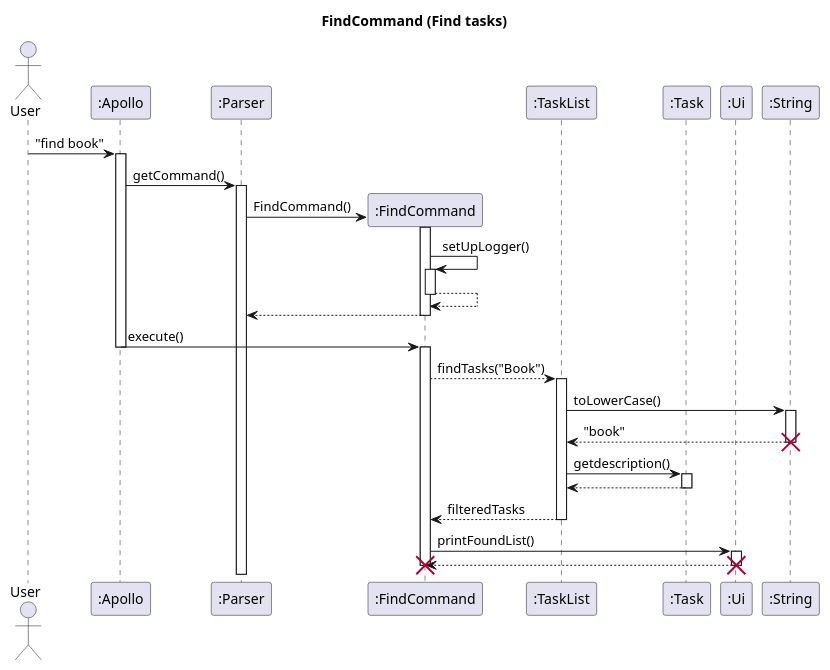
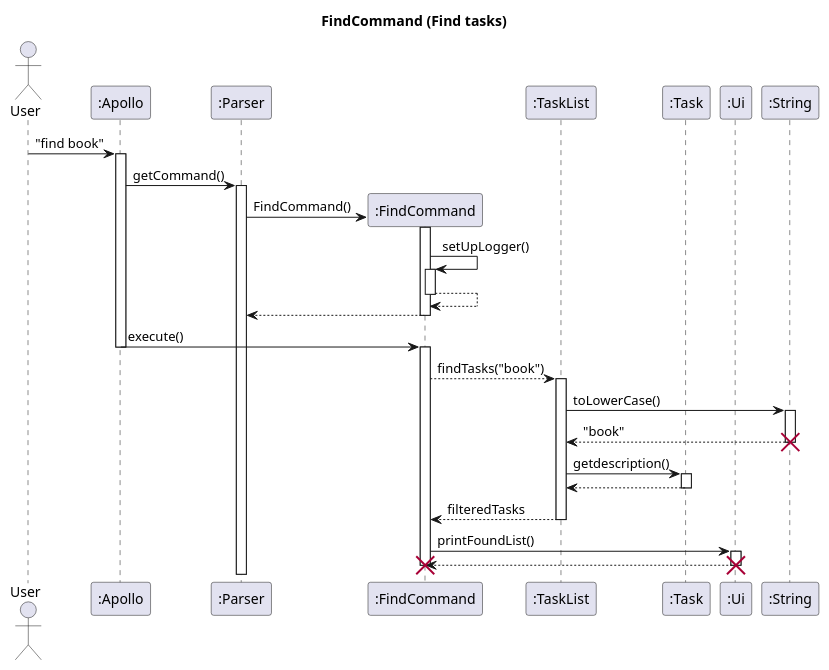
Before and after one commit to nus-cs2113-AY2223S2/tp: the diagram in docs/uml-source/FindCommand.puml, drawn with PlantUML. The commit also changed 2 other files, not shown here.

```diff
--- a/docs/uml-source/FindCommand.puml
+++ b/docs/uml-source/FindCommand.puml
@@ -1,60 +1,60 @@
 @startuml
 title FindCommand (Find tasks)
 
 actor User
 participant ":Apollo" as Apollo
 participant ":Parser" as Parser
 participant ":FindCommand" as Find
 participant ":TaskList" as TaskList
 participant ":Task" as Task
 participant ":Ui" as Ui
 participant ":String" as String
 
 User -> Apollo : "find book"
 activate Apollo
 Apollo -> Parser : getCommand()
 activate Parser
 Parser -> Find** : FindCommand()
 Find++
 Find -> Find++ : setUpLogger()
 
 
 return
 return
 
 Apollo -> Find : execute()
 Apollo --
 activate Find
-Find --> TaskList : findTasks("Book")
+Find --> TaskList : findTasks("book")
 activate TaskList
 TaskList -> String : toLowerCase()
 activate String
 String --> TaskList : "book"
 deactivate String
 destroy String
 TaskList -> Task : getdescription()
 activate Task
 Task --> TaskList
 deactivate Task
 TaskList --> Find: filteredTasks
 deactivate TaskList
 Find -> Ui : printFoundList()
 activate Ui
 Ui --> Find
 deactivate Ui
 destroy Ui
 destroy Find
 
 
 
 
 
 
 
 
 
 
 
 
 
 @enduml
```
